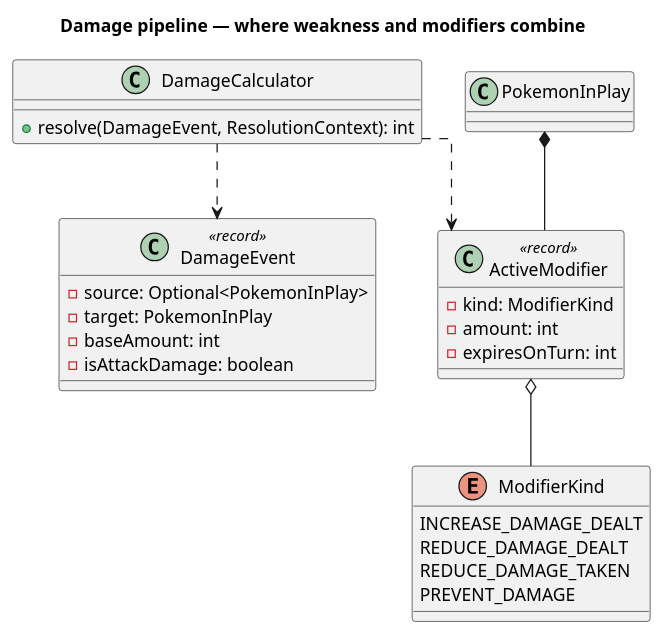
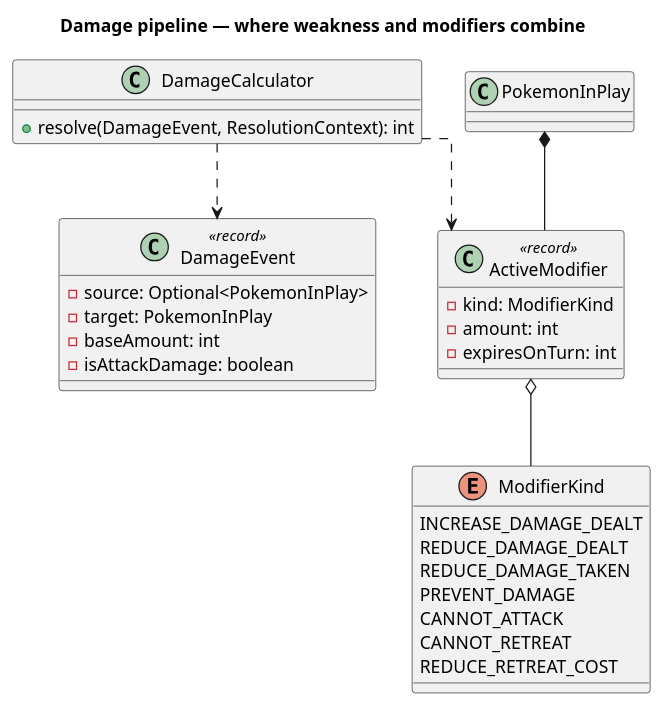
The first of 2 diagrams in docs/UML/Damage.puml (Richie-Moon/TCGPocketBattler), drawn with PlantUML before and after one commit. The commit also changed 9 other files, not shown here.

First line of the commit message:
feat(pool): Added P-A trainers and ReduceRetreatCost

```diff
--- a/docs/UML/Damage.puml
+++ b/docs/UML/Damage.puml
@@ -1,47 +1,50 @@
 @startuml
 title Damage pipeline — where weakness and modifiers combine
 
 skinparam linetype ortho
 
 /'
   DealDamage names only an amount and a target, so weakness, ReduceDamageTaken,
   ReduceDamageDealt and IncreaseDamage had nowhere to meet, and IDurationEffect's `duration` had
   nowhere to be stored. Both are fixed here.
 '/
 
 class DamageEvent <<record>> {
     - source: Optional<PokemonInPlay>
     - target: PokemonInPlay
     - baseAmount: int
     /' False for spread/bench damage and for between-turns poison and burn,
        which skip weakness and most modifiers. '/
     - isAttackDamage: boolean
 }
 
 class DamageCalculator {
     + resolve(DamageEvent, ResolutionContext): int
 }
 
 /'
   Installed on PokemonInPlay by an IDurationEffect and expired between turns.
   This is the storage that IDurationEffect previously lacked.
 '/
 class ActiveModifier <<record>> {
     - kind: ModifierKind
     - amount: int
     - expiresOnTurn: int
 }
 
 enum ModifierKind {
     INCREASE_DAMAGE_DEALT
     REDUCE_DAMAGE_DEALT
     REDUCE_DAMAGE_TAKEN
     PREVENT_DAMAGE
+    CANNOT_ATTACK
+    CANNOT_RETREAT
+    REDUCE_RETREAT_COST
 }
 
 DamageCalculator ..> DamageEvent
 DamageCalculator ..> ActiveModifier
 ActiveModifier o-- ModifierKind
 PokemonInPlay *-- ActiveModifier
 
 @enduml
```
